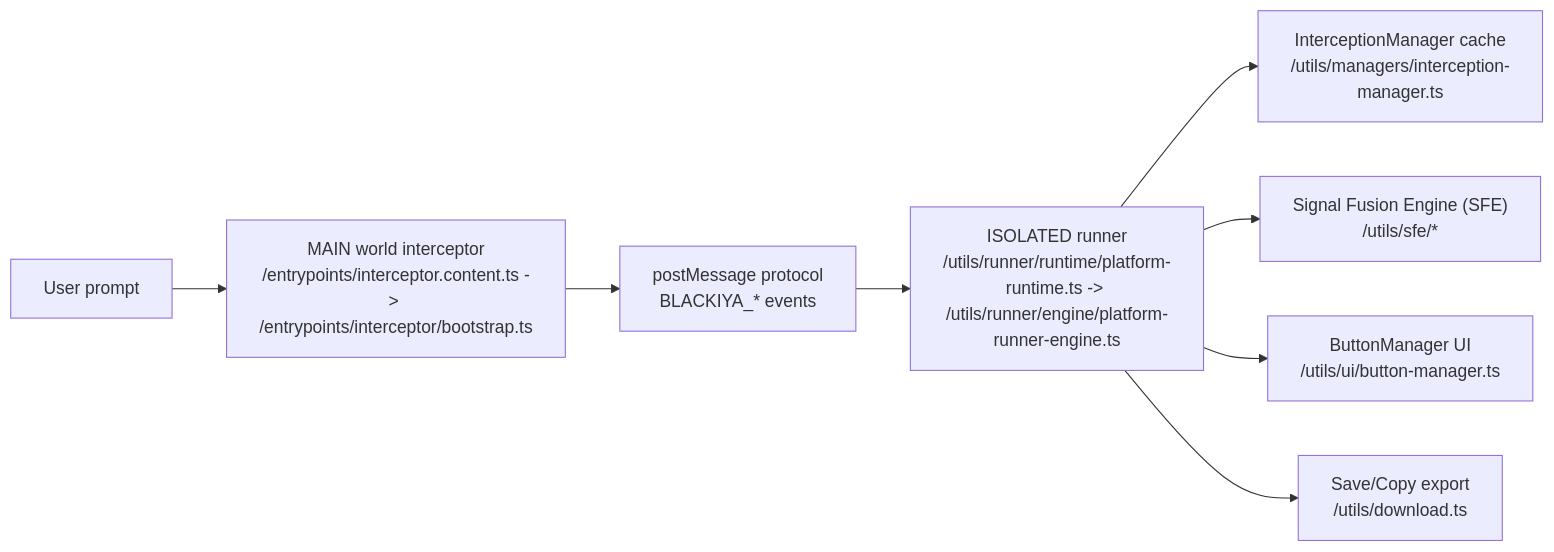
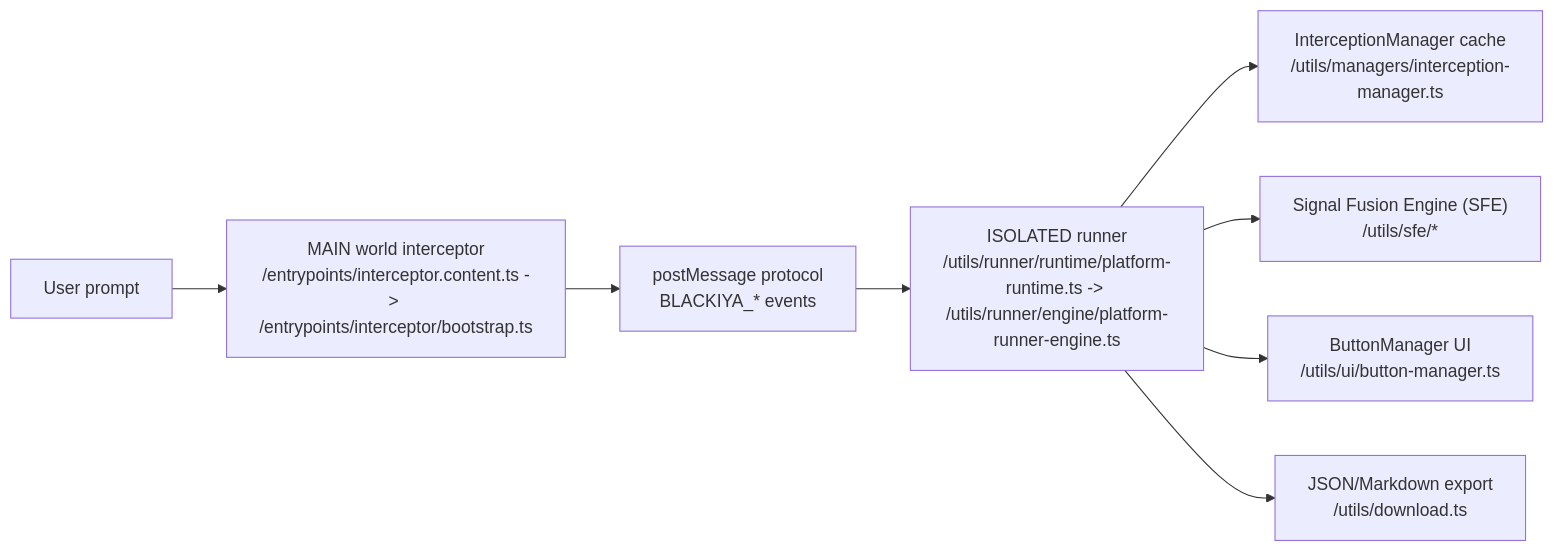
One commit to ragaeeb/blackiya changed the first of 2 diagrams in docs/architecture.md. Above: the diagram before and after it, drawn with Mermaid. The commit also changed other lines of this file and 76 other files, not shown here.

First line of the commit message:
feat(markdown): Add markdown export, force save JSON (#47)

````diff
--- a/docs/architecture.md
+++ b/docs/architecture.md
@@ -19,10 +19,10 @@
 ```mermaid
 flowchart LR
     A["User prompt"] --> B["MAIN world interceptor\n/entrypoints/interceptor.content.ts -> /entrypoints/interceptor/bootstrap.ts"]
     B --> C["postMessage protocol\nBLACKIYA_* events"]
     C --> D["ISOLATED runner\n/utils/runner/runtime/platform-runtime.ts -> /utils/runner/engine/platform-runner-engine.ts"]
     D --> E["InterceptionManager cache\n/utils/managers/interception-manager.ts"]
     D --> F["Signal Fusion Engine (SFE)\n/utils/sfe/*"]
     D --> G["ButtonManager UI\n/utils/ui/button-manager.ts"]
-    D --> H["Save/Copy export\n/utils/download.ts"]
+    D --> H["JSON/Markdown export\n/utils/download.ts"]
 ```
````
